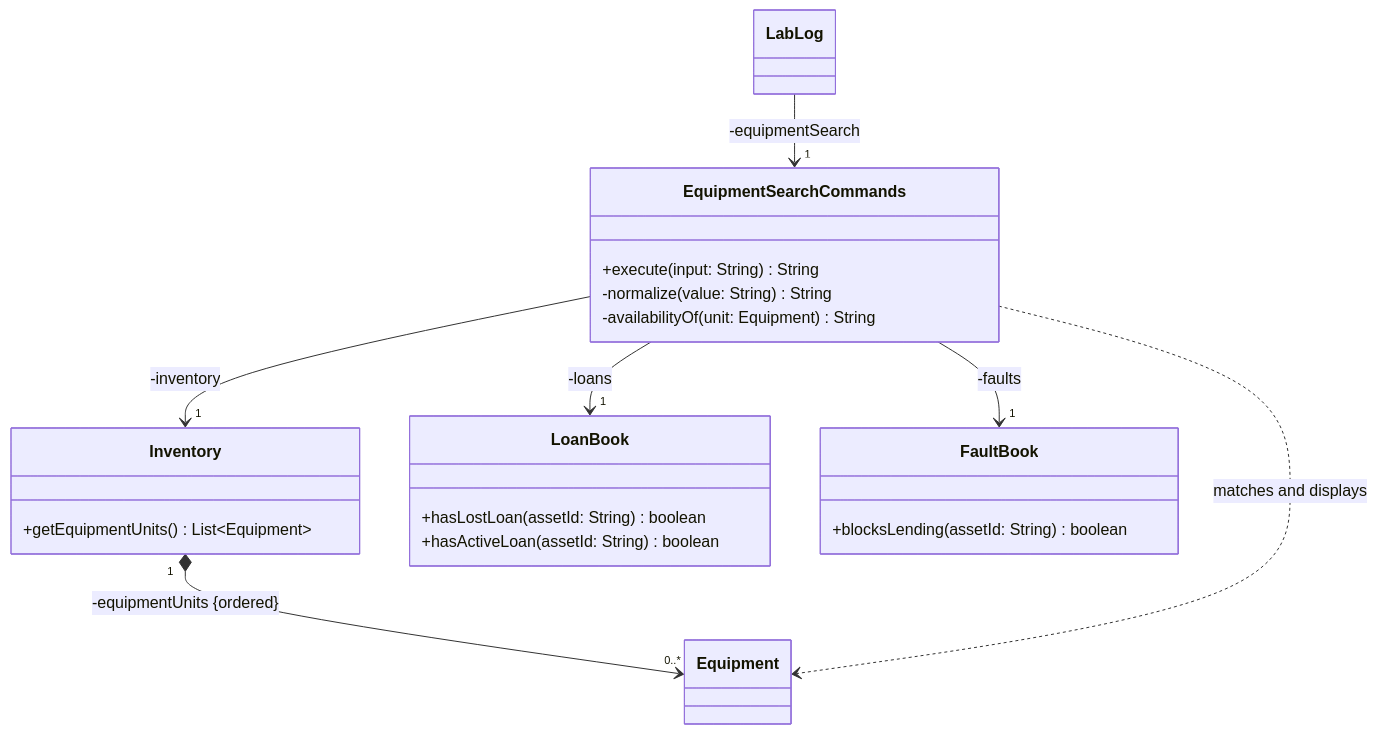
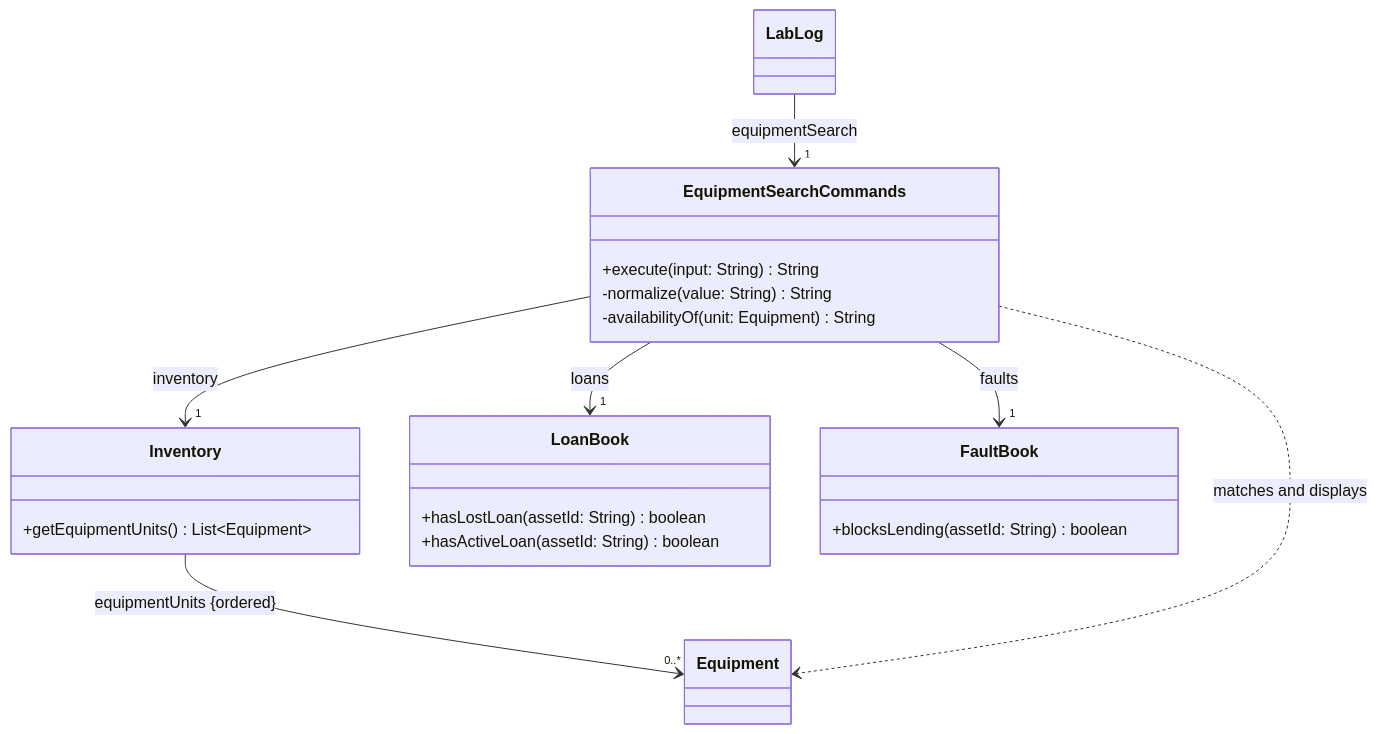
Before and after one commit to AY2627S1-CS2113-W13-3/tp: the fifth of 16 diagrams in docs/DeveloperGuide.md, drawn with Mermaid. The commit also changed other lines of this file, not shown here.

First line of the commit message:
Docs: Standardise developer guide class diagrams

````diff
--- a/docs/DeveloperGuide.md
+++ b/docs/DeveloperGuide.md
@@ -446,24 +463,24 @@
 ```mermaid
 classDiagram
-    LabLog --> "1" EquipmentSearchCommands : -equipmentSearch
-    EquipmentSearchCommands --> "1" Inventory : -inventory
-    EquipmentSearchCommands --> "1" LoanBook : -loans
-    EquipmentSearchCommands --> "1" FaultBook : -faults
-    Inventory "1" *--> "0..*" Equipment : -equipmentUnits {ordered}
+    LabLog --> "1" EquipmentSearchCommands : equipmentSearch
+    EquipmentSearchCommands --> "1" Inventory : inventory
+    EquipmentSearchCommands --> "1" LoanBook : loans
+    EquipmentSearchCommands --> "1" FaultBook : faults
+    Inventory --> "0..*" Equipment : equipmentUnits {ordered}
     EquipmentSearchCommands ..> Equipment : matches and displays
     class EquipmentSearchCommands {
         +execute(input: String) String
         -normalize(value: String) String
         -availabilityOf(unit: Equipment) String
     }
     class Inventory {
         +getEquipmentUnits() List~Equipment~
     }
     class LoanBook {
         +hasLostLoan(assetId: String) boolean
         +hasActiveLoan(assetId: String) boolean
     }
     class FaultBook {
         +blocksLending(assetId: String) boolean
     }
 ```
````
